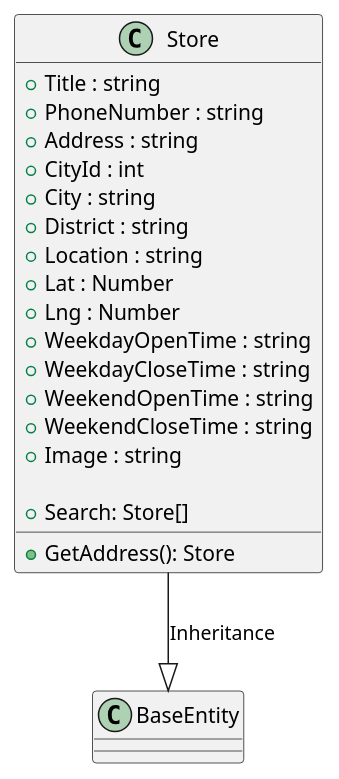
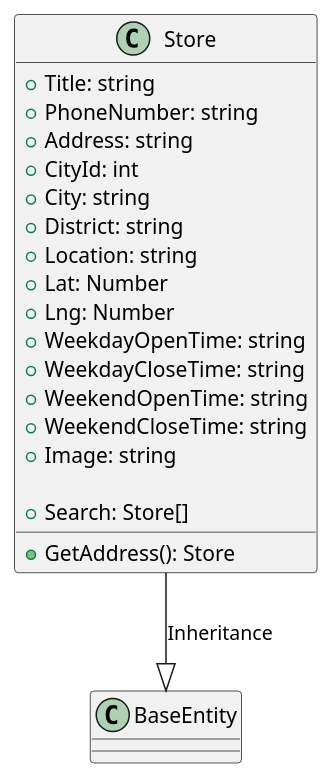
One commit to evrendev/sport-club changed the diagram in uml/Store/Store.puml. Above: the diagram before and after it, drawn with PlantUML. The commit also changed 17 other files, not shown here.

```diff
--- a/uml/Store/Store.puml
+++ b/uml/Store/Store.puml
@@ -1,25 +1,25 @@
 @startuml Store Class Diagram
 
 class Store {
-    + Title : string
-    + PhoneNumber : string
-    + Address : string
-    + CityId : int
-    + City : string
-    + District : string
-    + Location : string
-    + Lat : Number
-    + Lng : Number
-    + WeekdayOpenTime : string
-    + WeekdayCloseTime : string
-    + WeekendOpenTime : string
-    + WeekendCloseTime : string
-    + Image : string
+    + Title: string
+    + PhoneNumber: string
+    + Address: string
+    + CityId: int
+    + City: string
+    + District: string
+    + Location: string
+    + Lat: Number
+    + Lng: Number
+    + WeekdayOpenTime: string
+    + WeekdayCloseTime: string
+    + WeekendOpenTime: string
+    + WeekendCloseTime: string
+    + Image: string
 
     + GetAddress(): Store
     + Search: Store[]
 }
 
 Store --|> BaseEntity: Inheritance
 
 @enduml
```
